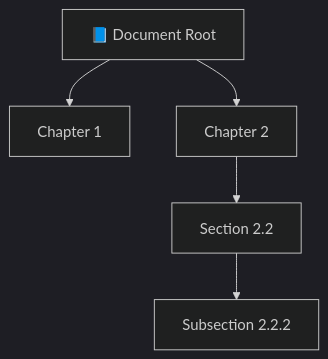
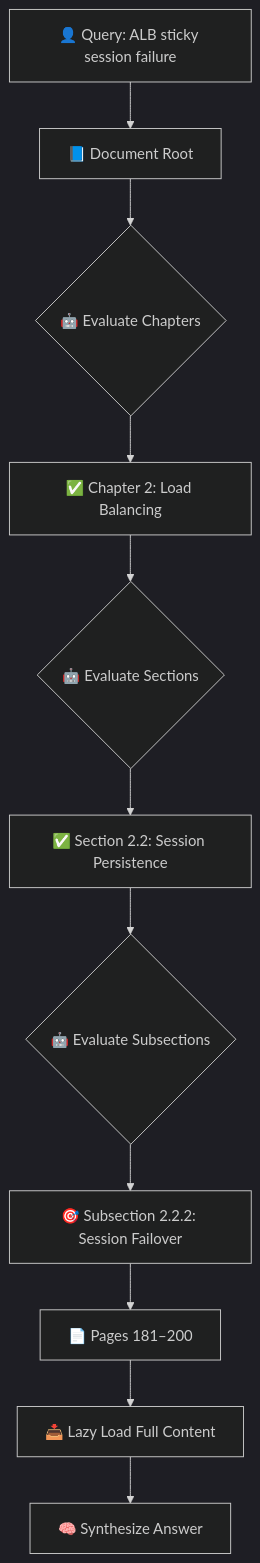
One commit to Amie-dev/FDE-and-GenAI-Mastery changed the fourth of 14 diagrams in Lecture 18 - Vectorless RAG and LLM Wiki/notes/Lecture_18_Complete_Notes.md. Above: the diagram before and after it, drawn with Mermaid (dark theme). The commit also changed other lines of this file and 7 other files, not shown here.

First line of the commit message:
Enhance documentation on Vectorless RAG and LLM Wiki architectures

````diff
--- a/Lecture 18 - Vectorless RAG and LLM Wiki/notes/Lecture_18_Complete_Notes.md
+++ b/Lecture 18 - Vectorless RAG and LLM Wiki/notes/Lecture_18_Complete_Notes.md
@@ -73,11 +196,14 @@
 ```mermaid
 flowchart TD
-
-    ROOT["📘 Document Root"]
-
-    ROOT --> CH1["Chapter 1"]
-    ROOT --> CH2["Chapter 2"]
-
-    CH2 --> SEC22["Section 2.2"]
-    SEC22 --> SUB222["Subsection 2.2.2"]
+    Q["👤 Query: ALB sticky session failure"]
+    Q --> ROOT["📘 Document Root"]
+    ROOT --> EVAL{"🤖 Evaluate Chapters"}
+    EVAL --> CH2["✅ Chapter 2: Load Balancing"]
+    CH2 --> EVAL2{"🤖 Evaluate Sections"}
+    EVAL2 --> SEC22["✅ Section 2.2: Session Persistence"]
+    SEC22 --> EVAL3{"🤖 Evaluate Subsections"}
+    EVAL3 --> SUB222["🎯 Subsection 2.2.2: Session Failover"]
+    SUB222 --> PAGES["📄 Pages 181–200"]
+    PAGES --> LOAD["📥 Lazy Load Full Content"]
+    LOAD --> ANSWER["🧠 Synthesize Answer"]
 ```
````
